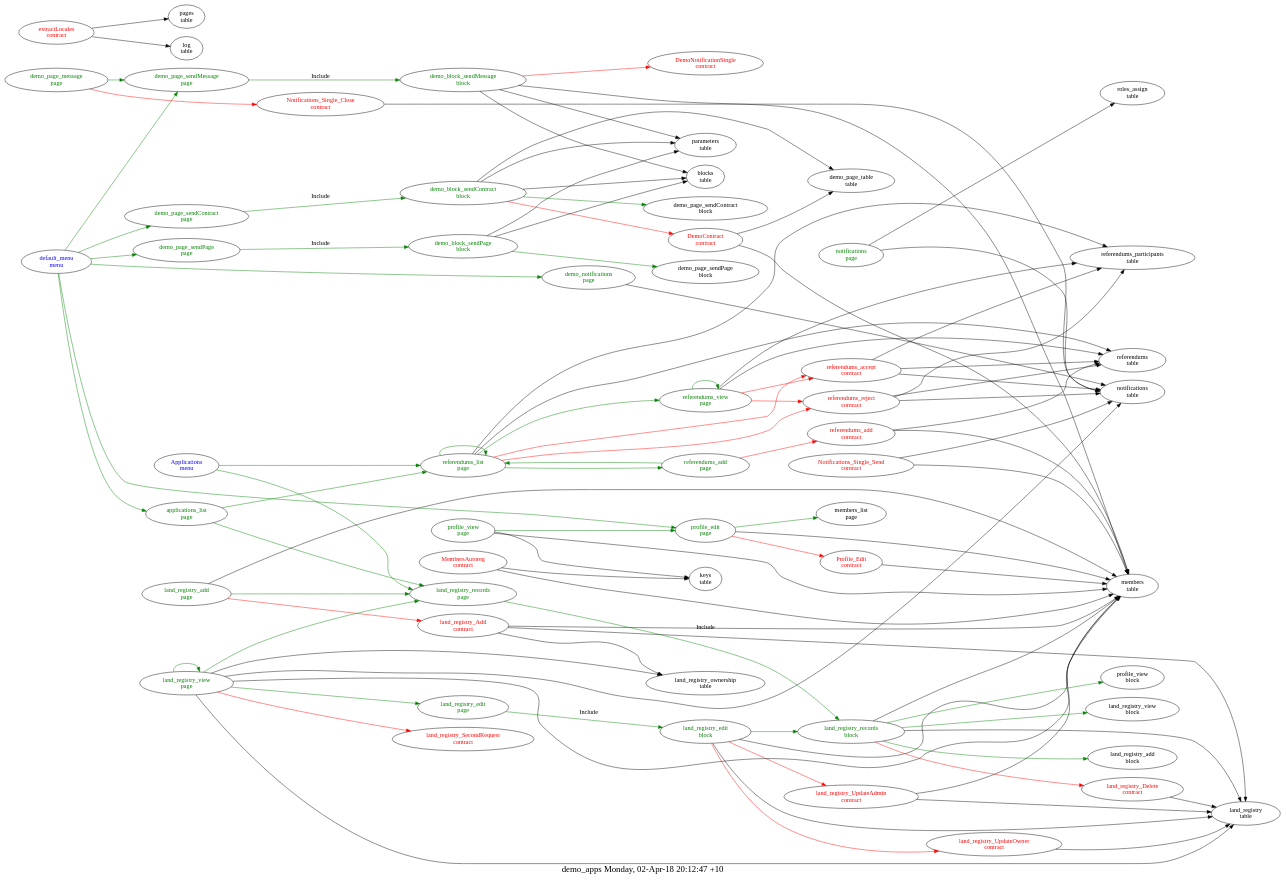
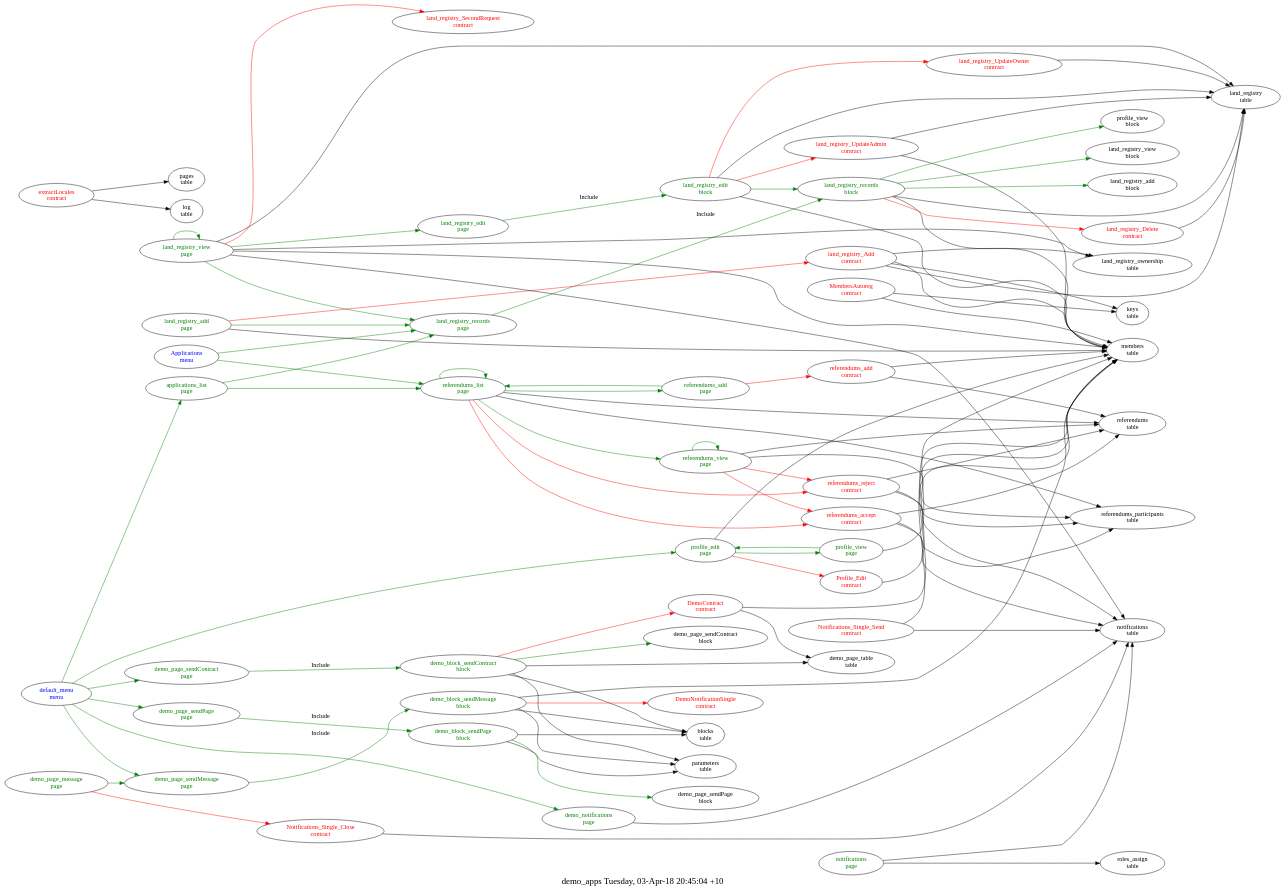
Before and after one commit to AplaProject/apps: the diagram in src/demo_apps/struct.dot, drawn with Graphviz. The commit also changed 8 other files, not shown here.

Commit message:
Fix demo_apps

```diff
--- a/src/demo_apps/struct.dot
+++ b/src/demo_apps/struct.dot
@@ -1,142 +1,142 @@
 digraph G {
 fontsize="20.0";
-label="demo_apps Monday, 02-Apr-18 20:12:47 +10";
+label="demo_apps Tuesday, 03-Apr-18 20:45:04 +10";
 rankdir=LR;
 "demo_block_sendContract\nblock" -> "DemoContract\ncontract"  [ color=red ]
 "demo_block_sendContract\nblock" -> "parameters\ntable"
 "demo_block_sendContract\nblock" -> "demo_page_table\ntable"
 "demo_block_sendContract\nblock" -> "blocks\ntable"
 "demo_block_sendContract\nblock" -> "demo_page_sendContract\nblock"  [ color=green ]
 "demo_block_sendContract\nblock" [fontcolor=green, group=blocks];
 "demo_block_sendMessage\nblock" -> "DemoNotificationSingle\ncontract"  [ color=red ]
 "demo_block_sendMessage\nblock" -> "parameters\ntable"
 "demo_block_sendMessage\nblock" -> "members\ntable"
 "demo_block_sendMessage\nblock" -> "blocks\ntable"
 "demo_block_sendMessage\nblock" [fontcolor=green, group=blocks];
 "demo_block_sendPage\nblock" -> "parameters\ntable"
 "demo_block_sendPage\nblock" -> "blocks\ntable"
 "demo_block_sendPage\nblock" -> "demo_page_sendPage\nblock"  [ color=green ]
 "demo_block_sendPage\nblock" [fontcolor=green, group=blocks];
 "land_registry_edit\nblock" -> "land_registry_UpdateAdmin\ncontract"  [ color=red ]
 "land_registry_edit\nblock" -> "land_registry_UpdateOwner\ncontract"  [ color=red ]
 "land_registry_edit\nblock" -> "land_registry\ntable"
 "land_registry_edit\nblock" -> "members\ntable"
 "land_registry_edit\nblock" -> "land_registry_records\nblock"  [ color=green ]
 "land_registry_edit\nblock" [fontcolor=green, group=blocks];
 "land_registry_records\nblock" -> "land_registry_Delete\ncontract"  [ color=red ]
 "land_registry_records\nblock" -> "land_registry\ntable"
 "land_registry_records\nblock" -> "members\ntable"
 "land_registry_records\nblock" -> "profile_view\nblock"  [ color=green ]
 "land_registry_records\nblock" -> "land_registry_view\nblock"  [ color=green ]
 "land_registry_records\nblock" -> "land_registry_add\nblock"  [ color=green ]
 "land_registry_records\nblock" [fontcolor=green, group=blocks];
 "DemoContract\ncontract" -> "members\ntable"
 "DemoContract\ncontract" -> "demo_page_table\ntable"
 "DemoContract\ncontract" [fontcolor=red, group=contracts];
 "DemoNotificationSingle\ncontract" [fontcolor=red, group=contracts];
 "MembersAutoreg\ncontract" -> "keys\ntable"
 "MembersAutoreg\ncontract" -> "members\ntable"
 "MembersAutoreg\ncontract" [fontcolor=red, group=contracts];
 "Notifications_Single_Close\ncontract" -> "notifications\ntable"
 "Notifications_Single_Close\ncontract" [fontcolor=red, group=contracts];
 "Notifications_Single_Send\ncontract" -> "members\ntable"
 "Notifications_Single_Send\ncontract" -> "notifications\ntable"
 "Notifications_Single_Send\ncontract" [fontcolor=red, group=contracts];
 "Profile_Edit\ncontract" -> "members\ntable"
 "Profile_Edit\ncontract" [fontcolor=red, group=contracts];
 "extractLocales\ncontract" -> "pages\ntable"
 "extractLocales\ncontract" -> "log\ntable"
 "extractLocales\ncontract" [fontcolor=red, group=contracts];
 "land_registry_Add\ncontract" -> "members\ntable"
 "land_registry_Add\ncontract" -> "land_registry\ntable"
 "land_registry_Add\ncontract" -> "land_registry_ownership\ntable"
+"land_registry_Add\ncontract" -> "keys\ntable"
 "land_registry_Add\ncontract" [fontcolor=red, group=contracts];
 "land_registry_Delete\ncontract" -> "land_registry\ntable"
 "land_registry_Delete\ncontract" [fontcolor=red, group=contracts];
 "land_registry_SecondRequest\ncontract" [fontcolor=red, group=contracts];
 "land_registry_UpdateAdmin\ncontract" -> "land_registry\ntable"
 "land_registry_UpdateAdmin\ncontract" -> "members\ntable"
 "land_registry_UpdateAdmin\ncontract" [fontcolor=red, group=contracts];
 "land_registry_UpdateOwner\ncontract" -> "land_registry\ntable"
 "land_registry_UpdateOwner\ncontract" [fontcolor=red, group=contracts];
 "referendums_accept\ncontract" -> "referendums\ntable"
 "referendums_accept\ncontract" -> "referendums_participants\ntable"
 "referendums_accept\ncontract" -> "notifications\ntable"
 "referendums_accept\ncontract" [fontcolor=red, group=contracts];
 "referendums_add\ncontract" -> "referendums\ntable"
 "referendums_add\ncontract" -> "members\ntable"
 "referendums_add\ncontract" [fontcolor=red, group=contracts];
 "referendums_reject\ncontract" -> "referendums\ntable"
 "referendums_reject\ncontract" -> "referendums_participants\ntable"
 "referendums_reject\ncontract" -> "notifications\ntable"
 "referendums_reject\ncontract" [fontcolor=red, group=contracts];
 "Applications\nmenu" -> "referendums_list\npage"  [ color=green ]
 "Applications\nmenu" -> "land_registry_records\npage"  [ color=green ]
 "Applications\nmenu" [fontcolor=blue, group=menus];
 "default_menu\nmenu" -> "demo_page_sendPage\npage"  [ color=green ]
 "default_menu\nmenu" -> "demo_page_sendContract\npage"  [ color=green ]
 "default_menu\nmenu" -> "demo_page_sendMessage\npage"  [ color=green ]
 "default_menu\nmenu" -> "demo_notifications\npage"  [ color=green ]
 "default_menu\nmenu" -> "profile_edit\npage"  [ color=green ]
 "default_menu\nmenu" -> "applications_list\npage"  [ color=green ]
 "default_menu\nmenu" [fontcolor=blue, group=menus];
 "applications_list\npage" -> "referendums_list\npage"  [ color=green ]
 "applications_list\npage" -> "land_registry_records\npage"  [ color=green ]
 "applications_list\npage" [fontcolor=green, group=pages];
 "demo_notifications\npage" -> "notifications\ntable"
 "demo_notifications\npage" [fontcolor=green, group=pages];
 "demo_page_message\npage" -> "Notifications_Single_Close\ncontract"  [ color=red ]
 "demo_page_message\npage" -> "demo_page_sendMessage\npage"  [ color=green ]
 "demo_page_message\npage" [fontcolor=green, group=pages];
 "demo_page_sendContract\npage" -> "demo_block_sendContract\nblock"  [ color=green, label=Include ]
 "demo_page_sendContract\npage" [fontcolor=green, group=pages];
 "demo_page_sendMessage\npage" -> "demo_block_sendMessage\nblock"  [ color=green, label=Include ]
 "demo_page_sendMessage\npage" [fontcolor=green, group=pages];
 "demo_page_sendPage\npage" -> "demo_block_sendPage\nblock"  [ color=green, label=Include ]
 "demo_page_sendPage\npage" [fontcolor=green, group=pages];
 "land_registry_add\npage" -> "land_registry_Add\ncontract"  [ color=red ]
 "land_registry_add\npage" -> "members\ntable"
 "land_registry_add\npage" -> "land_registry_records\npage"  [ color=green ]
 "land_registry_add\npage" [fontcolor=green, group=pages];
 "land_registry_edit\npage" -> "land_registry_edit\nblock"  [ color=green, label=Include ]
 "land_registry_edit\npage" [fontcolor=green, group=pages];
 "land_registry_records\npage" -> "land_registry_records\nblock"  [ color=green, label=Include ]
 "land_registry_records\npage" [fontcolor=green, group=pages];
 "land_registry_view\npage" -> "land_registry_SecondRequest\ncontract"  [ color=red ]
 "land_registry_view\npage" -> "land_registry\ntable"
 "land_registry_view\npage" -> "land_registry_ownership\ntable"
 "land_registry_view\npage" -> "members\ntable"
 "land_registry_view\npage" -> "notifications\ntable"
 "land_registry_view\npage" -> "land_registry_records\npage"  [ color=green ]
 "land_registry_view\npage" -> "land_registry_view\npage"  [ color=green ]
 "land_registry_view\npage" -> "land_registry_edit\npage"  [ color=green ]
 "land_registry_view\npage" [fontcolor=green, group=pages];
 "notifications\npage" -> "notifications\ntable"
 "notifications\npage" -> "roles_assign\ntable"
 "notifications\npage" [fontcolor=green, group=pages];
 "profile_edit\npage" -> "Profile_Edit\ncontract"  [ color=red ]
 "profile_edit\npage" -> "members\ntable"
-"profile_edit\npage" -> "members_list\npage"  [ color=green ]
+"profile_edit\npage" -> "profile_view\npage"  [ color=green ]
 "profile_edit\npage" [fontcolor=green, group=pages];
 "profile_view\npage" -> "members\ntable"
-"profile_view\npage" -> "keys\ntable"
 "profile_view\npage" -> "profile_edit\npage"  [ color=green ]
 "profile_view\npage" [fontcolor=green, group=pages];
 "referendums_add\npage" -> "referendums_add\ncontract"  [ color=red ]
 "referendums_add\npage" -> "referendums_list\npage"  [ color=green ]
 "referendums_add\npage" [fontcolor=green, group=pages];
 "referendums_list\npage" -> "referendums_reject\ncontract"  [ color=red ]
 "referendums_list\npage" -> "referendums_accept\ncontract"  [ color=red ]
 "referendums_list\npage" -> "referendums\ntable"
 "referendums_list\npage" -> "referendums_participants\ntable"
 "referendums_list\npage" -> "referendums_view\npage"  [ color=green ]
 "referendums_list\npage" -> "referendums_list\npage"  [ color=green ]
 "referendums_list\npage" -> "referendums_add\npage"  [ color=green ]
 "referendums_list\npage" [fontcolor=green, group=pages];
 "referendums_view\npage" -> "referendums_accept\ncontract"  [ color=red ]
 "referendums_view\npage" -> "referendums_reject\ncontract"  [ color=red ]
 "referendums_view\npage" -> "referendums\ntable"
 "referendums_view\npage" -> "referendums_participants\ntable"
 "referendums_view\npage" -> "referendums_view\npage"  [ color=green ]
 "referendums_view\npage" [fontcolor=green, group=pages];
 }
```
